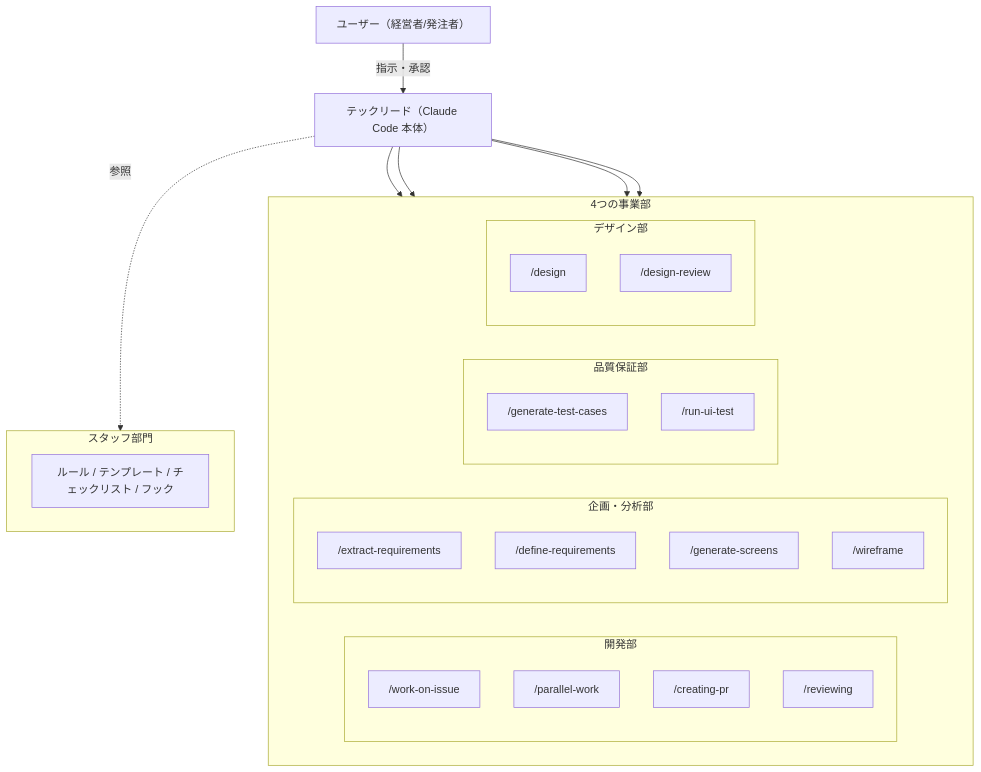
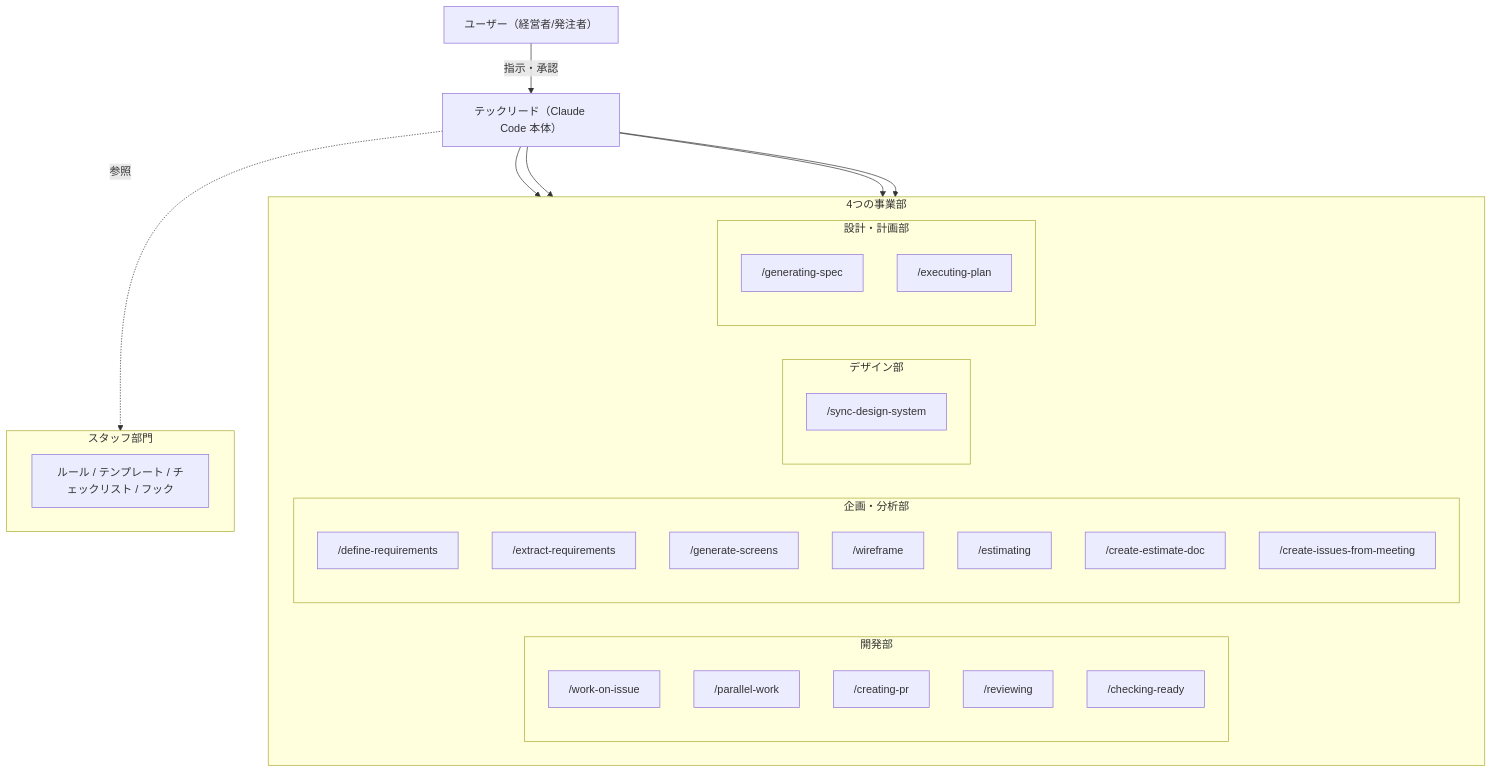
The diagram in README.md (RyotaSakai-X1/ai-concierge), drawn with Mermaid before and after one commit. The commit also changed other lines of this file, not shown here.

Commit message:
アーキテクチャ図を実在コマンドに同期、外部連携をテーブルに置換

````diff
--- a/README.md
+++ b/README.md
@@ -27,46 +27,49 @@
 ```mermaid
 graph TD
     User["ユーザー（経営者/発注者）"]
     TL["テックリード（Claude Code 本体）"]
 
     User -->|指示・承認| TL
 
     subgraph "4つの事業部"
         direction LR
 
         subgraph Coding["開発部"]
             C1["/work-on-issue"]
             C2["/parallel-work"]
             C3["/creating-pr"]
             C4["/reviewing"]
+            C5["/checking-ready"]
         end
 
         subgraph Analysis["企画・分析部"]
-            A1["/extract-requirements"]
-            A2["/define-requirements"]
+            A1["/define-requirements"]
+            A2["/extract-requirements"]
             A3["/generate-screens"]
             A4["/wireframe"]
-        end
-
-        subgraph QA["品質保証部"]
-            Q1["/generate-test-cases"]
-            Q2["/run-ui-test"]
+            A5["/estimating"]
+            A6["/create-estimate-doc"]
+            A7["/create-issues-from-meeting"]
         end
 
         subgraph Design["デザイン部"]
-            D1["/design"]
-            D2["/design-review"]
+            D1["/sync-design-system"]
+        end
+
+        subgraph Planning["設計・計画部"]
+            P1["/generating-spec"]
+            P2["/executing-plan"]
         end
     end
 
     TL --> Coding
     TL --> Analysis
-    TL --> QA
     TL --> Design
+    TL --> Planning
 
     subgraph Support["スタッフ部門"]
         S1["ルール / テンプレート / チェックリスト / フック"]
     end
 
     TL -.->|参照| Support
 ```
````
